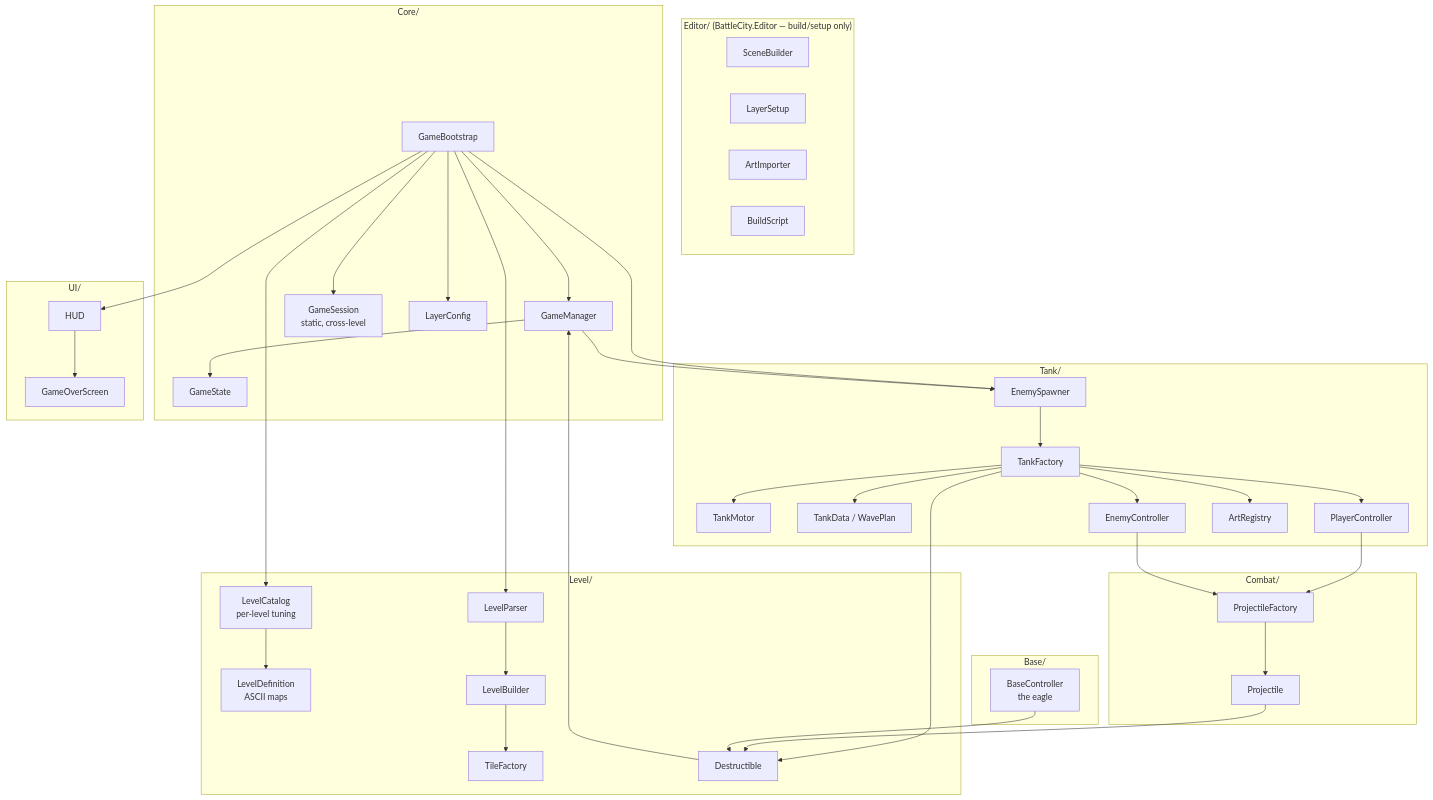
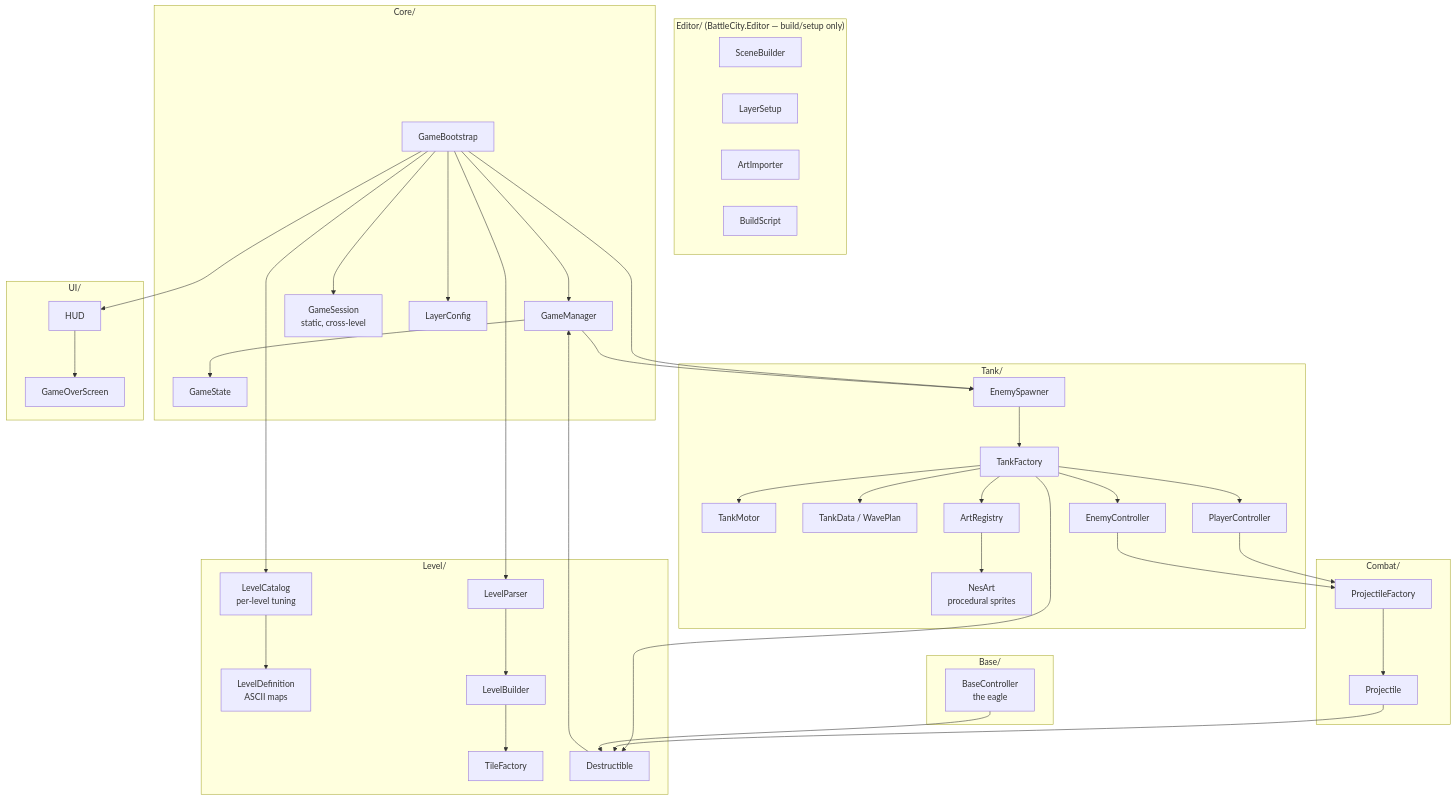
The first of 7 diagrams in docs/ARCHITECTURE.md (hosyvietanh/auto-game), drawn with Mermaid before and after one commit. The commit also changed other lines of this file and 15 other files, not shown here.

First line of the commit message:
Switch to classic NES pixel-art style (procedural sprites, sidebar HUD, bushes)

````diff
--- a/docs/ARCHITECTURE.md
+++ b/docs/ARCHITECTURE.md
@@ -29,63 +29,65 @@
 ```mermaid
 flowchart TD
     subgraph Editor["Editor/ (BattleCity.Editor — build/setup only)"]
         SB[SceneBuilder]
         LS[LayerSetup]
         AI[ArtImporter]
         BS[BuildScript]
     end
 
     subgraph Core["Core/"]
         GB[GameBootstrap]
         GM[GameManager]
         GS[GameState]
         SESS[GameSession<br/>static, cross-level]
         LC[LayerConfig]
     end
 
     subgraph Level["Level/"]
         LD[LevelDefinition<br/>ASCII maps]
         CAT[LevelCatalog<br/>per-level tuning]
         LP[LevelParser]
         LB[LevelBuilder]
         TF[TileFactory]
         DES[Destructible]
     end
 
     subgraph Tank["Tank/"]
         TM[TankMotor]
         TD[TankData / WavePlan]
         TKF[TankFactory]
         PC[PlayerController]
         EC[EnemyController]
         ESP[EnemySpawner]
         ART[ArtRegistry]
+        NES[NesArt<br/>procedural sprites]
     end
 
     subgraph Combat["Combat/"]
         PROJ[Projectile]
         PF[ProjectileFactory]
     end
 
     subgraph BaseM["Base/"]
         BC[BaseController<br/>the eagle]
     end
 
     subgraph UI["UI/"]
         HUD[HUD]
         GOS[GameOverScreen]
     end
 
     GB --> CAT --> LD
     GB --> LP --> LB --> TF
     GB --> GM --> GS
     GB --> SESS
     GB --> ESP --> TKF
     GM --> ESP
     TKF --> TM & PC & EC & DES & ART & TD
+    ART --> NES
     PC & EC --> PF --> PROJ
     PROJ --> DES
     BC --> DES --> GM
     GB --> HUD --> GOS
     GB --> LC
 ```
````
